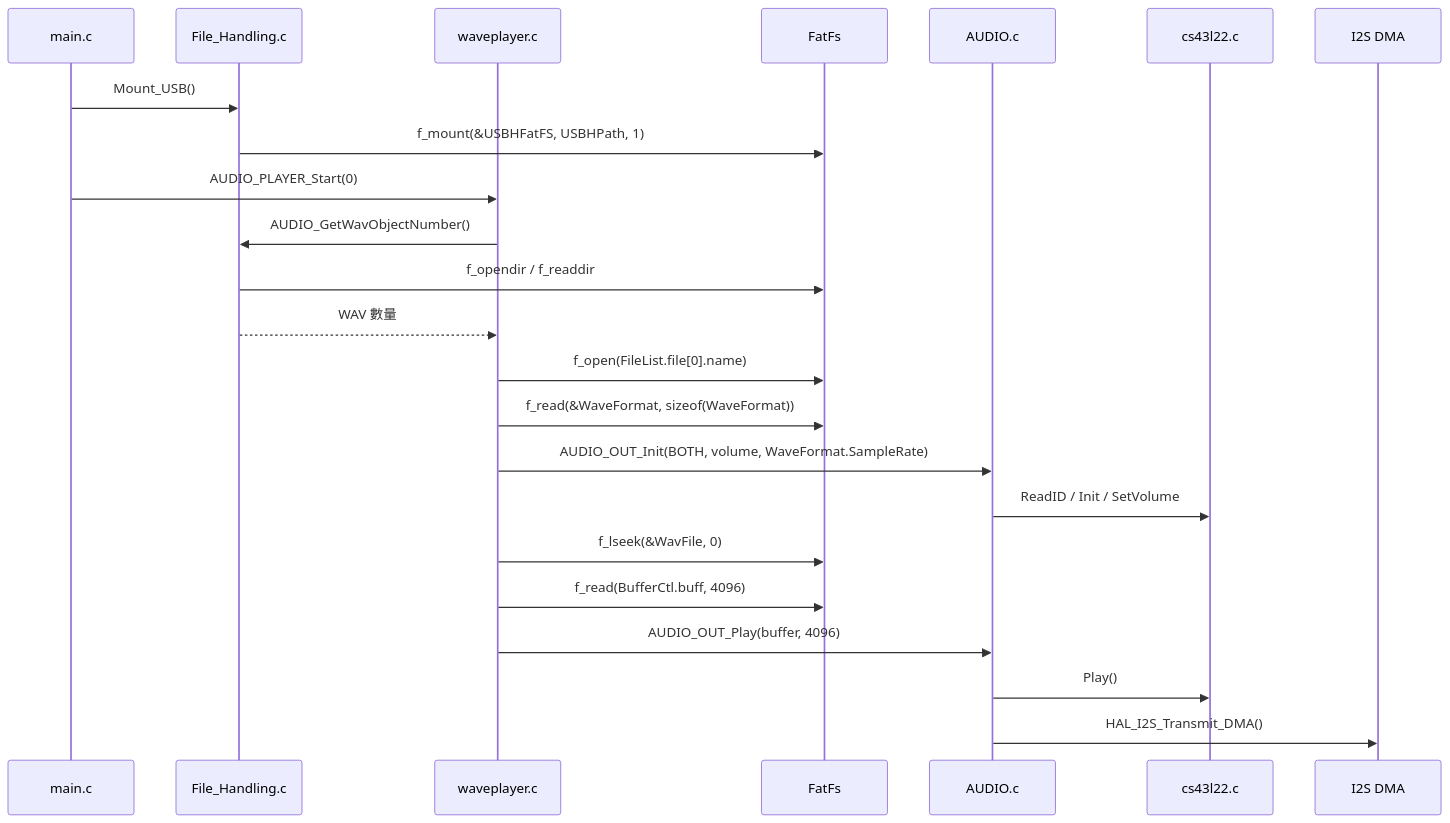
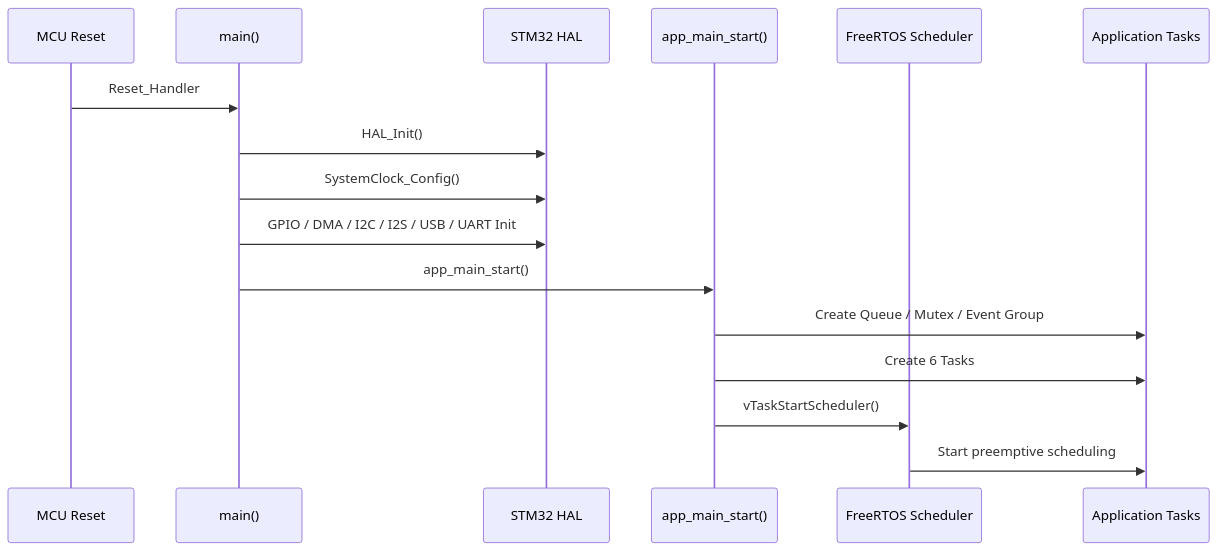
Before and after one commit to JiaChangGit/Embedded-operating-systems-NCKU: the third of 13 diagrams in USB_MP3/graph_mp3.md, drawn with Mermaid. The commit also changed other lines of this file and 72 other files, not shown here.

````diff
--- a/USB_MP3/graph_mp3.md
+++ b/USB_MP3/graph_mp3.md
@@ -181,26 +85,19 @@
 ```mermaid
 sequenceDiagram
-    participant Main as main.c
-    participant File as File_Handling.c
-    participant Wave as waveplayer.c
-    participant Fat as FatFs
-    participant Audio as AUDIO.c
-    participant Codec as cs43l22.c
-    participant DMA as I2S DMA
+    participant Reset as MCU Reset
+    participant Main as main()
+    participant HAL as STM32 HAL
+    participant App as app_main_start()
+    participant RTOS as FreeRTOS Scheduler
+    participant Tasks as Application Tasks
 
-    Main->>File: Mount_USB()
-    File->>Fat: f_mount(&USBHFatFS, USBHPath, 1)
-    Main->>Wave: AUDIO_PLAYER_Start(0)
-    Wave->>File: AUDIO_GetWavObjectNumber()
-    File->>Fat: f_opendir / f_readdir
-    File-->>Wave: WAV 數量
-    Wave->>Fat: f_open(FileList.file[0].name)
-    Wave->>Fat: f_read(&WaveFormat, sizeof(WaveFormat))
-    Wave->>Audio: AUDIO_OUT_Init(BOTH, volume, WaveFormat.SampleRate)
-    Audio->>Codec: ReadID / Init / SetVolume
-    Wave->>Fat: f_lseek(&WavFile, 0)
-    Wave->>Fat: f_read(BufferCtl.buff, 4096)
-    Wave->>Audio: AUDIO_OUT_Play(buffer, 4096)
-    Audio->>Codec: Play()
-    Audio->>DMA: HAL_I2S_Transmit_DMA()
+    Reset->>Main: Reset_Handler
+    Main->>HAL: HAL_Init()
+    Main->>HAL: SystemClock_Config()
+    Main->>HAL: GPIO / DMA / I2C / I2S / USB / UART Init
+    Main->>App: app_main_start()
+    App->>Tasks: Create Queue / Mutex / Event Group
+    App->>Tasks: Create 6 Tasks
+    App->>RTOS: vTaskStartScheduler()
+    RTOS->>Tasks: Start preemptive scheduling
 ```
````
